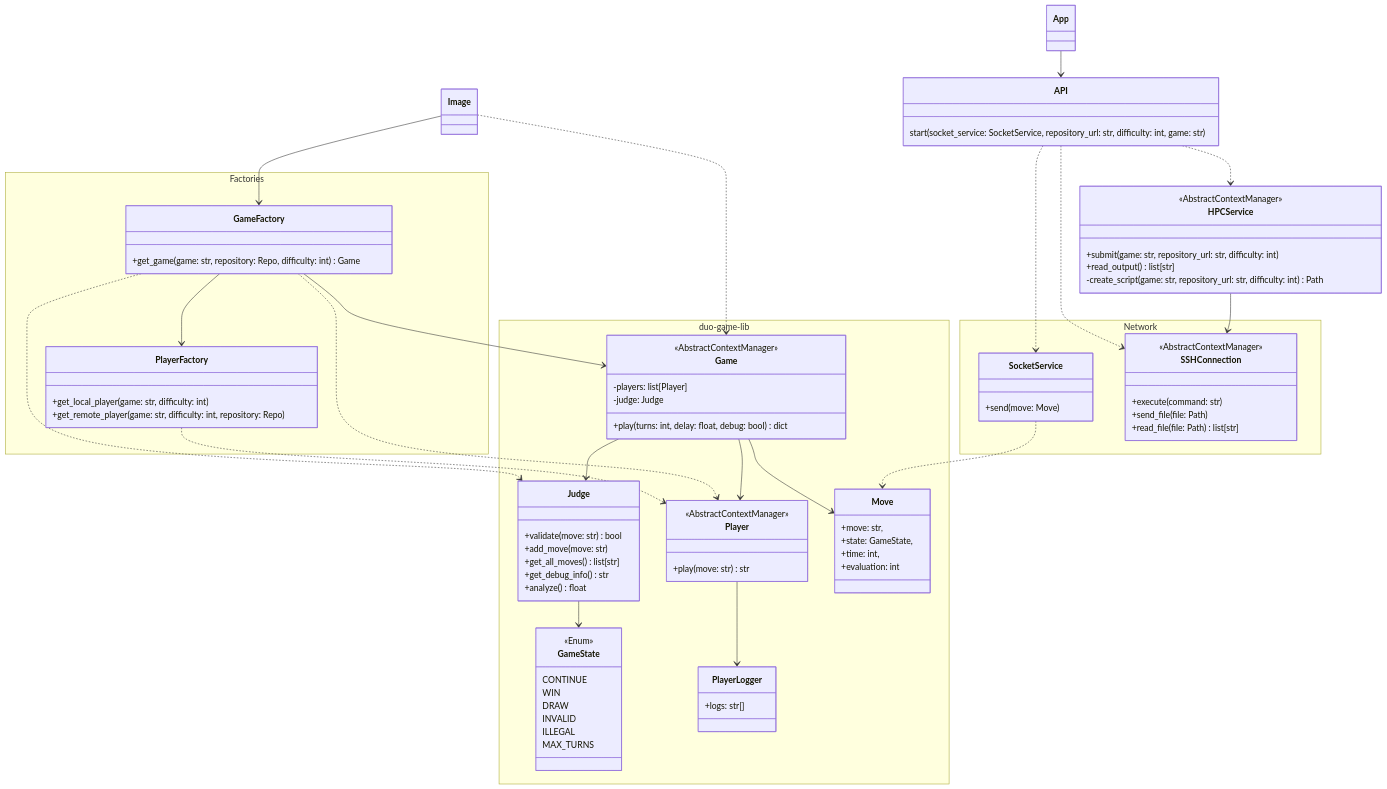
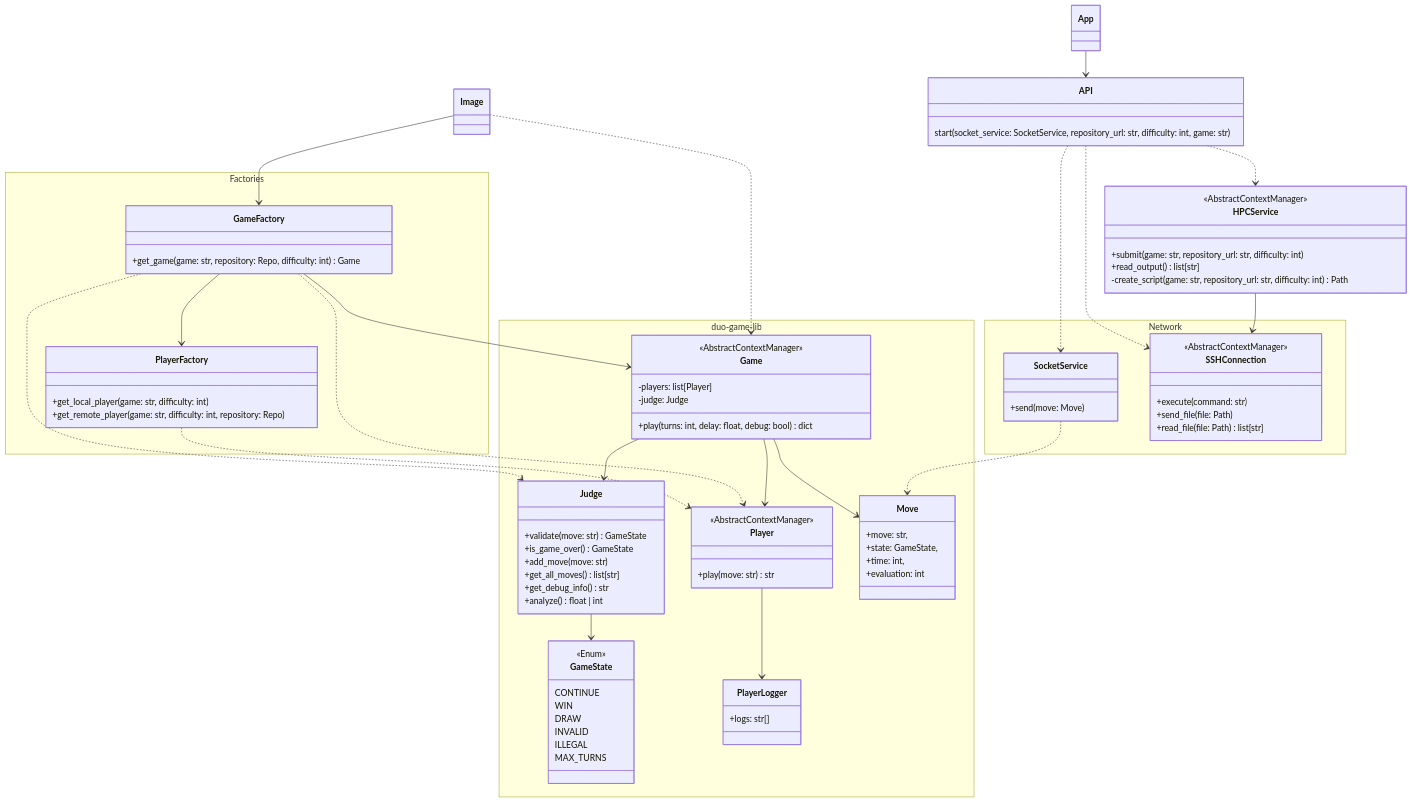
One commit to game-ai-platform-team/tira-ai-platform changed the third of 5 diagrams in docs/architecture.md. Above: the diagram before and after it, drawn with Mermaid. The commit also changed 1 other file, not shown here.

Commit message:
refactor: Update Judge and documentation

```diff
--- a/docs/architecture.md
+++ b/docs/architecture.md
@@ -190,11 +190,12 @@
     }
 
     class Judge {
-        +validate(move: str) bool
+        +validate(move: str) GameState
+        +is_game_over() GameState
         +add_move(move: str)
         +get_all_moves() list[str]
         +get_debug_info() str
-        +analyze() float
+        +analyze() float | int
     }
 
     class Player {
```
